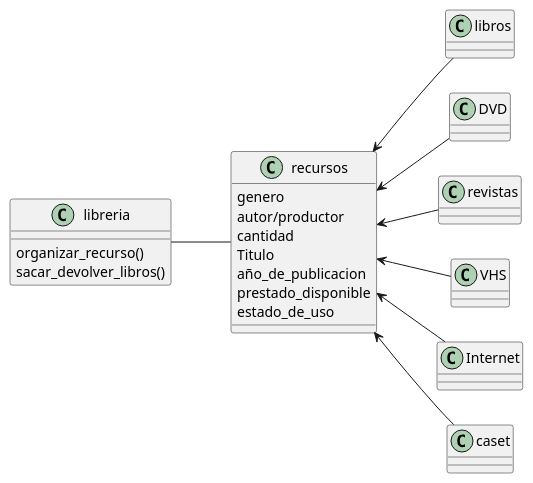
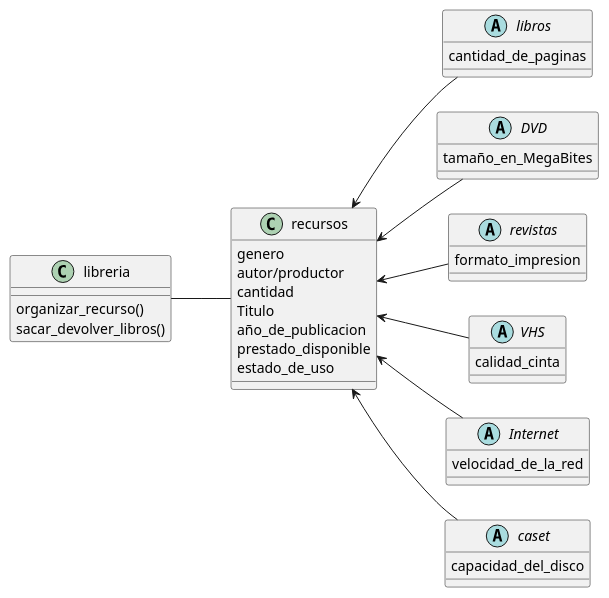
Before and after one commit to Mttswt/Recuperaci-n-: the diagram in RECUPERACION/diagramas/libreria.plantuml, drawn with PlantUML. The commit also changed 2 other files, not shown here.

```diff
--- a/RECUPERACION/diagramas/libreria.plantuml
+++ b/RECUPERACION/diagramas/libreria.plantuml
@@ -1,24 +1,35 @@
 @startuml
 left to right direction
 
+abstract libros
+abstract DVD
+abstract revistas
+abstract VHS
+abstract Internet
+abstract caset
 
 libreria -- recursos
 recursos <-- libros
 recursos <-- DVD
 recursos <-- revistas
 recursos <-- VHS
 recursos <-- Internet 
 recursos <-- caset 
 
-
+DVD : tamaño_en_MegaBites
+VHS : calidad_cinta
+Internet : velocidad_de_la_red
+caset : capacidad_del_disco
+revistas : formato_impresion
+libros : cantidad_de_paginas
 recursos : genero 
 recursos : autor/productor
 recursos : cantidad
 recursos : Titulo 
 recursos : año_de_publicacion
 recursos : prestado_disponible
 recursos : estado_de_uso
 libreria : organizar_recurso()
 libreria : sacar_devolver_libros()
 
 @enduml
```
